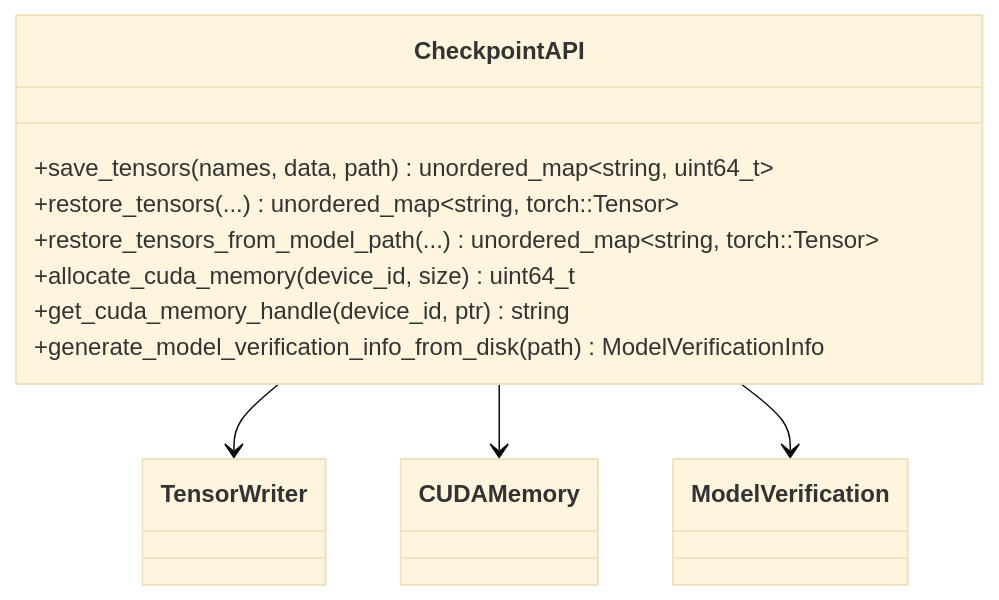
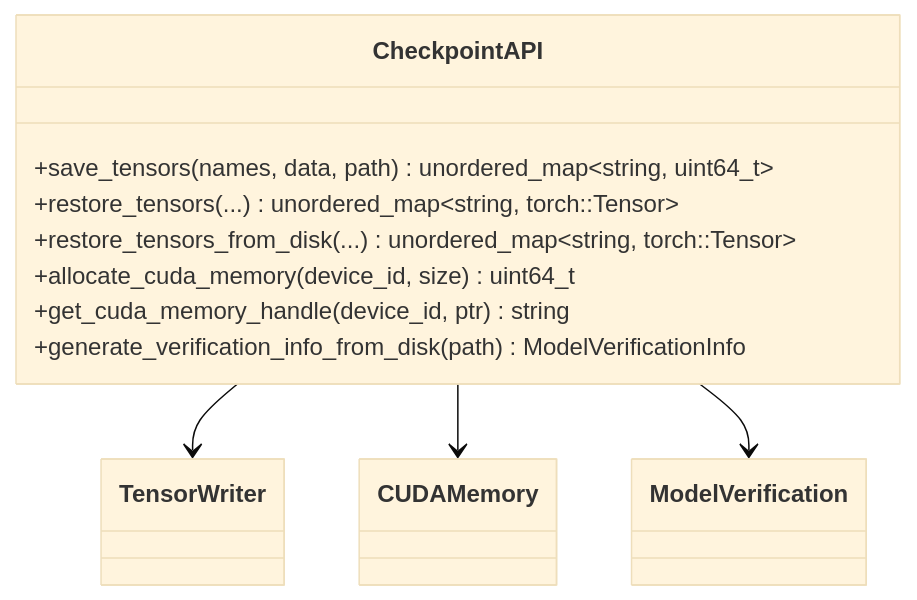
Before and after one commit to tensorcast-ai/tensorcast: the second of 11 diagrams in web-docs/docs/developer-guides/core/checkpoint/architecture.md, drawn with Mermaid (base theme). The commit also changed other lines of this file and 331 other files, not shown here.

````diff
--- a/web-docs/docs/developer-guides/core/checkpoint/architecture.md
+++ b/web-docs/docs/developer-guides/core/checkpoint/architecture.md
@@ -46,15 +46,15 @@
 ```mermaid
 classDiagram
     class CheckpointAPI {
         +save_tensors(names, data, path) unordered_map~string, uint64_t~
         +restore_tensors(...) unordered_map~string, torch::Tensor~
-        +restore_tensors_from_model_path(...) unordered_map~string, torch::Tensor~
+        +restore_tensors_from_disk(...) unordered_map~string, torch::Tensor~
         +allocate_cuda_memory(device_id, size) uint64_t
         +get_cuda_memory_handle(device_id, ptr) string
-        +generate_model_verification_info_from_disk(path) ModelVerificationInfo
+        +generate_verification_info_from_disk(path) ModelVerificationInfo
     }
 
     CheckpointAPI --> TensorWriter
     CheckpointAPI --> CUDAMemory
     CheckpointAPI --> ModelVerification
 ```
````
